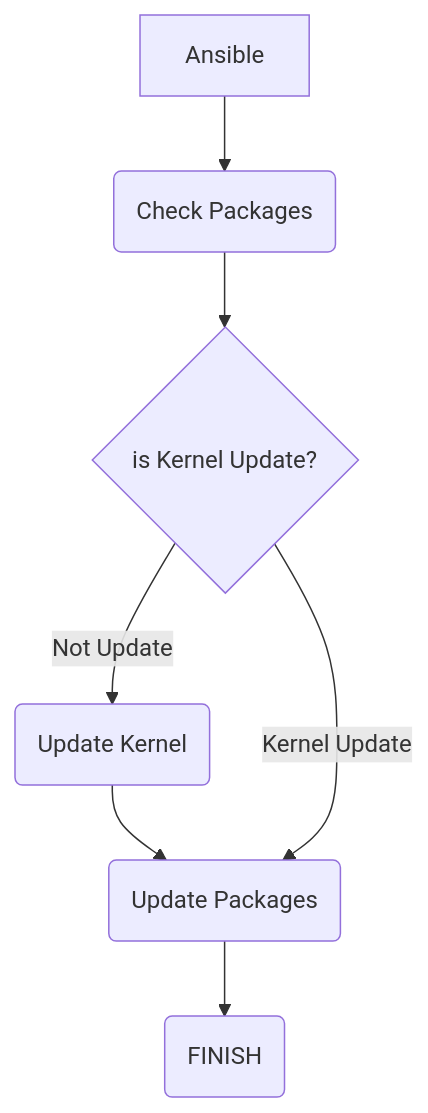
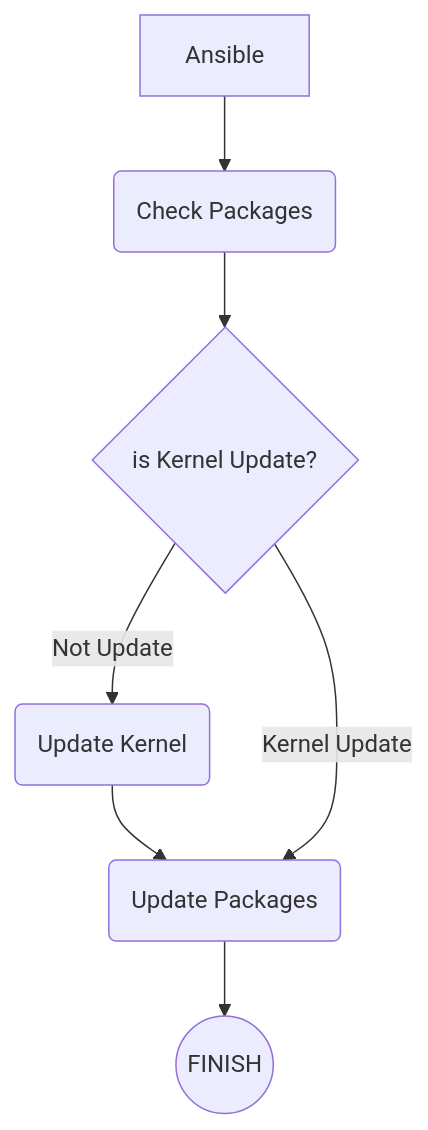
Before and after one commit to t3mp30r3k/Ansible-CentosUpdate: the diagram in README.md, drawn with Mermaid.

````diff
--- a/README.md
+++ b/README.md
@@ -24,9 +24,9 @@
 ```mermaid
 graph TD
 A[Ansible] --> B(Check Packages)
 B --> C{is Kernel Update?}
 C -- Not Update --> D(Update Kernel)
 D --> E 
 C -- Kernel Update --> E(Update Packages)
-E --> F(FINISH)
+E --> F((FINISH))
 ```
````
